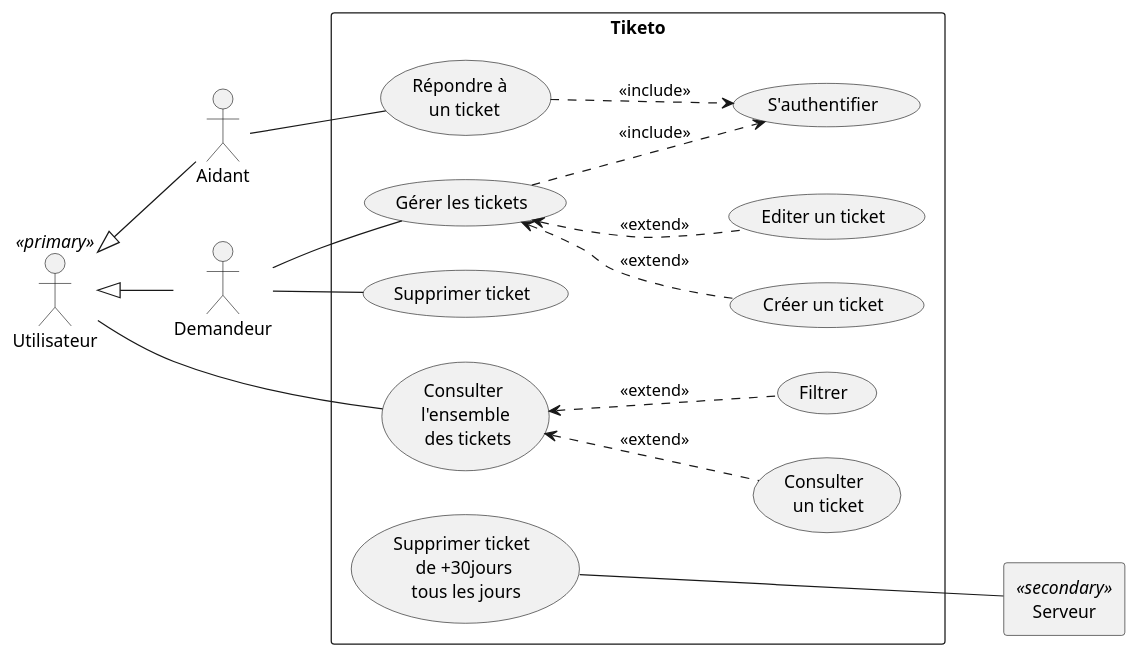
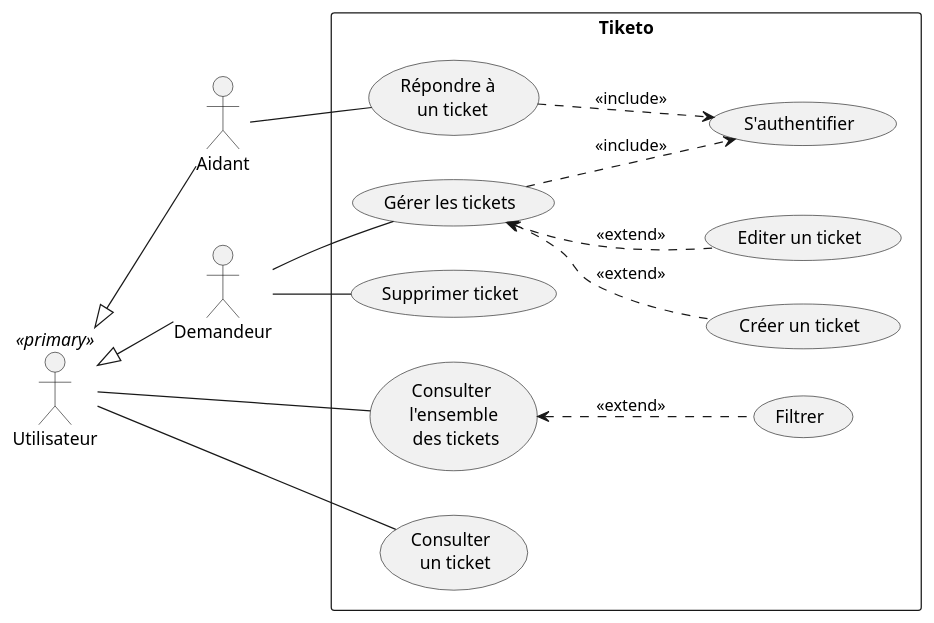
The diagram in docs/UML/cas utilisation.puml (dorianleveque/CoHub), drawn with PlantUML before and after one commit.

Commit message:
update cas d'utilisation

```diff
--- a/docs/UML/cas utilisation.puml
+++ b/docs/UML/cas utilisation.puml
@@ -1,38 +1,34 @@
 @startuml cas d'utilisation
 left to right direction
 actor Utilisateur as "Utilisateur" <<primary>>
 actor Aidant
 actor Demandeur
-agent Serveur as "Serveur" <<secondary>>
 
 Utilisateur <|-- Aidant
 Utilisateur <|-- Demandeur
 
 rectangle "Tiketo" {
     usecase UC1 as "Consulter \n l'ensemble \n des tickets"
     usecase UC2 as "Consulter \n un ticket"
     usecase UC3 as "Filtrer"
     usecase UC4 as "Gérer les tickets"
     usecase UC5 as "Créer un ticket"
     usecase UC6 as "Editer un ticket"
     usecase UC7 as "Répondre à \n un ticket"
     usecase UC8 as "S'authentifier"
     usecase UC9 as "Supprimer ticket"
-    usecase UC10 as "Supprimer ticket \n de +30jours \n tous les jours" 
 
     Utilisateur -- (UC1)
-    UC1 <.. UC2 : <<extend>>
+    Utilisateur -- (UC2)
     UC1 <.. UC3 : <<extend>>
 
     Demandeur -- UC4
     Demandeur -- UC9
     UC4 ..> UC8 : <<include>>
     UC4 <.. UC5 : <<extend>>
     UC4 <.. UC6 : <<extend>>
 
     Aidant -- UC7
     UC7 ..> UC8 : <<include>>
-
-    UC10 --- Serveur
 }
 @enduml
```
